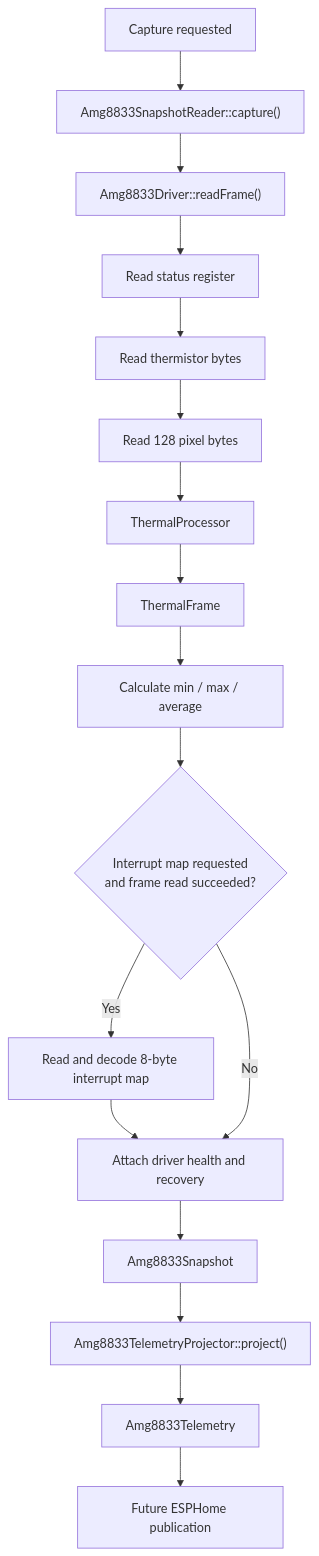
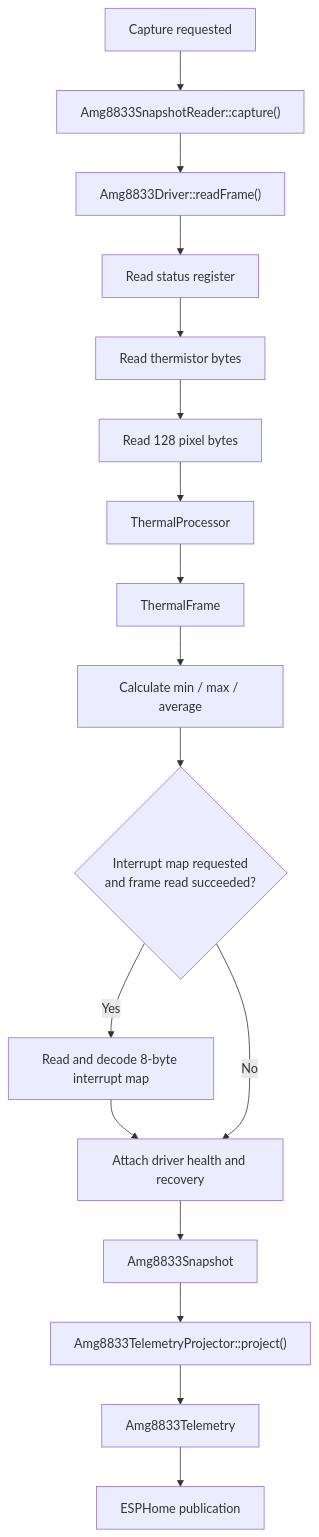
The third of 12 diagrams in docs/Architecture.md (FishKepping/LeafSense), drawn with Mermaid before and after one commit. The commit also changed other lines of this file and 10 other files, not shown here.

````diff
--- a/docs/Architecture.md
+++ b/docs/Architecture.md
@@ -109,24 +109,24 @@
 ```mermaid
 flowchart TD
     Start["Capture requested"]
     Reader["Amg8833SnapshotReader::capture()"]
     FrameRead["Amg8833Driver::readFrame()"]
     Status["Read status register"]
     Thermistor["Read thermistor bytes"]
     Pixels["Read 128 pixel bytes"]
     Process["ThermalProcessor"]
     Frame["ThermalFrame"]
     Summary["Calculate min / max / average"]
     MapDecision{"Interrupt map requested<br/>and frame read succeeded?"}
     InterruptMap["Read and decode 8-byte interrupt map"]
     Health["Attach driver health and recovery"]
     Snapshot["Amg8833Snapshot"]
     Project["Amg8833TelemetryProjector::project()"]
     Telemetry["Amg8833Telemetry"]
-    Publish["Future ESPHome publication"]
+    Publish["ESPHome publication"]
 
     Start --> Reader --> FrameRead --> Status --> Thermistor --> Pixels --> Process --> Frame --> Summary --> MapDecision
     MapDecision -- Yes --> InterruptMap --> Health
     MapDecision -- No --> Health
     Health --> Snapshot --> Project --> Telemetry --> Publish
 ```
````
